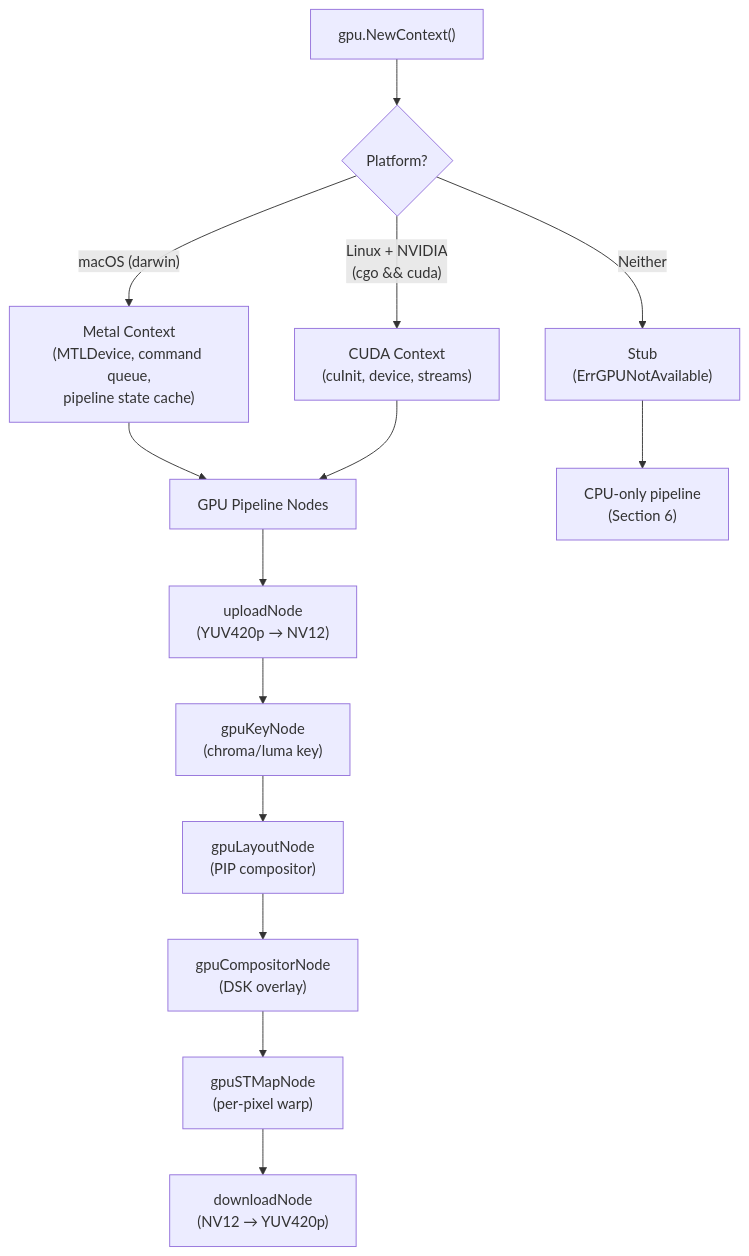
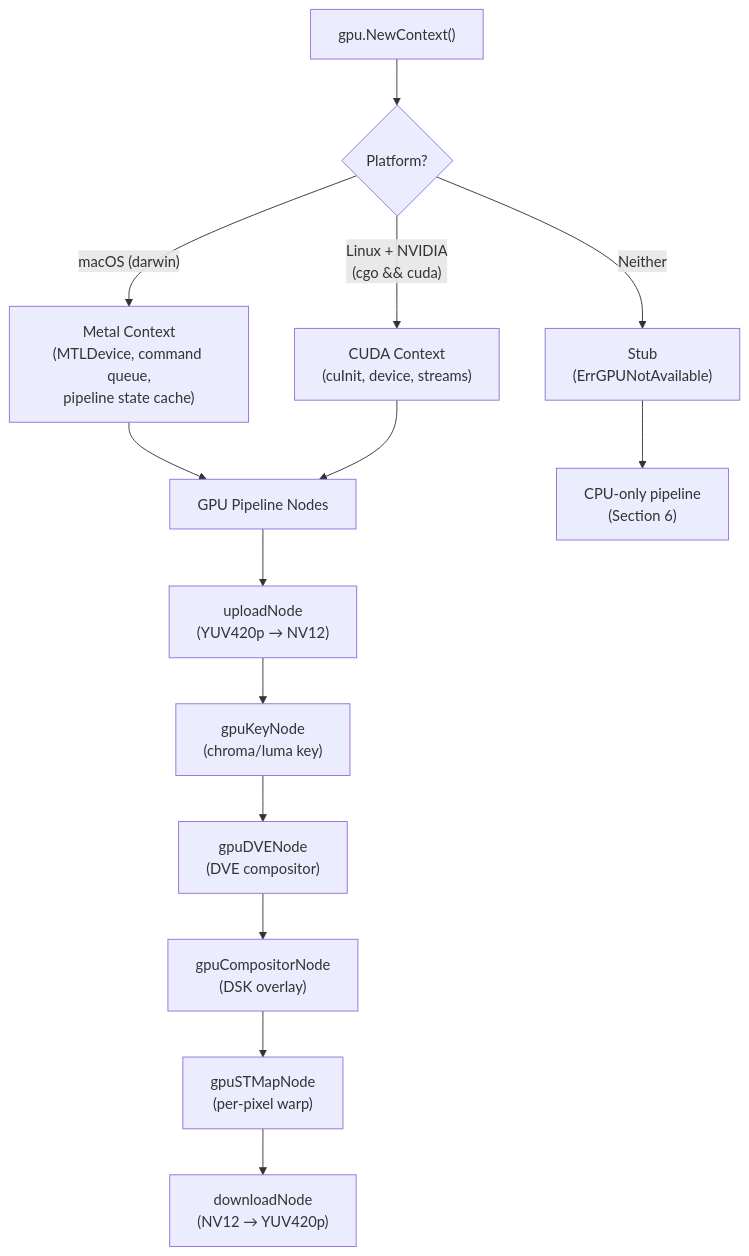
Before and after one commit to qvest-digital/dmf-mf-switchframe: diagram 20 of 25 in docs/architecture.md, drawn with Mermaid. The commit also changed other lines of this file and 68 other files, not shown here.

First line of the commit message:
feat: Consolidate layout/ into DVE as single compositor

````diff
--- a/docs/architecture.md
+++ b/docs/architecture.md
@@ -784,19 +784,19 @@
 ```mermaid
 flowchart TD
     INIT["gpu.NewContext()"] --> DETECT{"Platform?"}
 
     DETECT -->|"macOS (darwin)"| METAL["Metal Context<br/>(MTLDevice, command queue,<br/>pipeline state cache)"]
     DETECT -->|"Linux + NVIDIA<br/>(cgo && cuda)"| CUDA["CUDA Context<br/>(cuInit, device, streams)"]
     DETECT -->|"Neither"| STUB["Stub<br/>(ErrGPUNotAvailable)"]
 
     METAL --> NODES["GPU Pipeline Nodes"]
     CUDA --> NODES
     STUB --> CPU["CPU-only pipeline<br/>(Section 6)"]
 
     NODES --> UP["uploadNode<br/>(YUV420p → NV12)"]
     UP --> KEY["gpuKeyNode<br/>(chroma/luma key)"]
-    KEY --> LYT["gpuLayoutNode<br/>(PIP compositor)"]
-    LYT --> DSK["gpuCompositorNode<br/>(DSK overlay)"]
+    KEY --> GDVE["gpuDVENode<br/>(DVE compositor)"]
+    GDVE --> DSK["gpuCompositorNode<br/>(DSK overlay)"]
     DSK --> STM["gpuSTMapNode<br/>(per-pixel warp)"]
     STM --> DL["downloadNode<br/>(NV12 → YUV420p)"]
 ```
````
